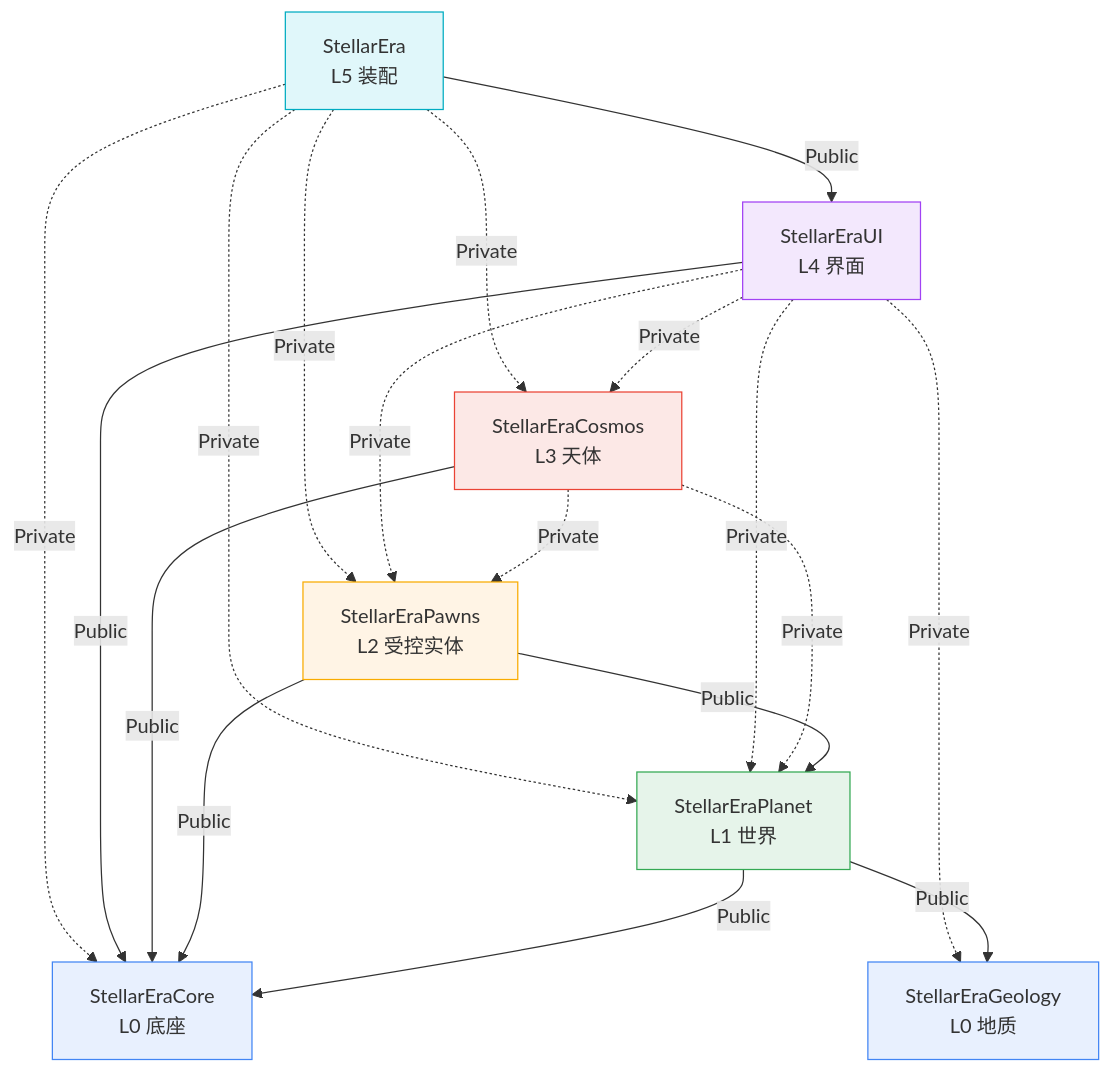
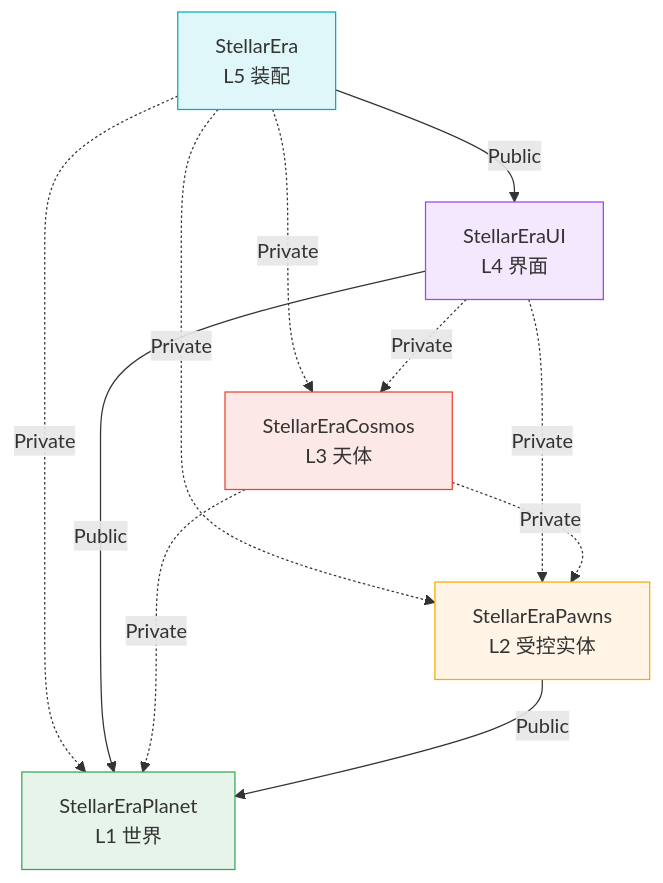
One commit to xiaobaibaix/StellarEra changed the diagram in docs/ARCHITECTURE.md. Above: the diagram before and after it, drawn with Mermaid. The commit also changed other lines of this file and 54 other files, not shown here.

First line of the commit message:
refactor(模块): 拆掉 StellarEraCore，7 → 6 → 5 个模块

````diff
--- a/docs/ARCHITECTURE.md
+++ b/docs/ARCHITECTURE.md
@@ -32,36 +41,25 @@
 ```mermaid
 graph TD
     E["StellarEra<br/>L5 装配"]
     UI["StellarEraUI<br/>L4 界面"]
     C["StellarEraCosmos<br/>L3 天体"]
     P["StellarEraPawns<br/>L2 受控实体"]
     PL["StellarEraPlanet<br/>L1 世界"]
-    G["StellarEraGeology<br/>L0 地质"]
-    CO["StellarEraCore<br/>L0 底座"]
 
     E -->|Public| UI
     E -.->|Private| PL
     E -.->|Private| P
     E -.->|Private| C
-    E -.->|Private| CO
-    UI -->|Public| CO
+    UI -->|Public| PL
     UI -.->|Private| C
     UI -.->|Private| P
-    UI -.->|Private| PL
-    UI -.->|Private| G
-    C -->|Public| CO
     C -.->|Private| P
     C -.->|Private| PL
     P -->|Public| PL
-    P -->|Public| CO
-    PL -->|Public| G
-    PL -->|Public| CO
 
-    style CO fill:#e8f0fe,stroke:#4285f4
-    style G fill:#e8f0fe,stroke:#4285f4
     style PL fill:#e6f4ea,stroke:#34a853
     style P fill:#fff4e5,stroke:#f9ab00
     style C fill:#fce8e6,stroke:#ea4335
     style UI fill:#f3e8fd,stroke:#a142f4
     style E fill:#e0f7fa,stroke:#00acc1
 ```
````
